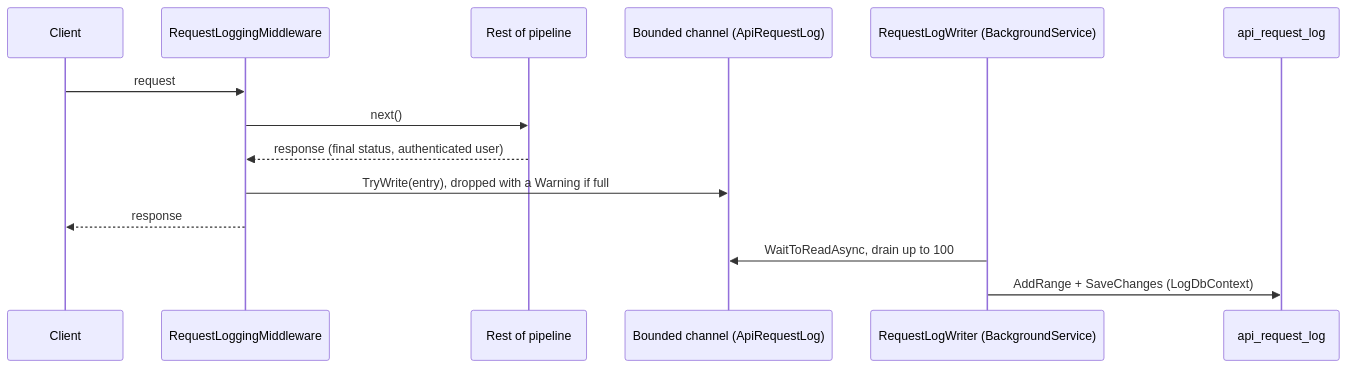
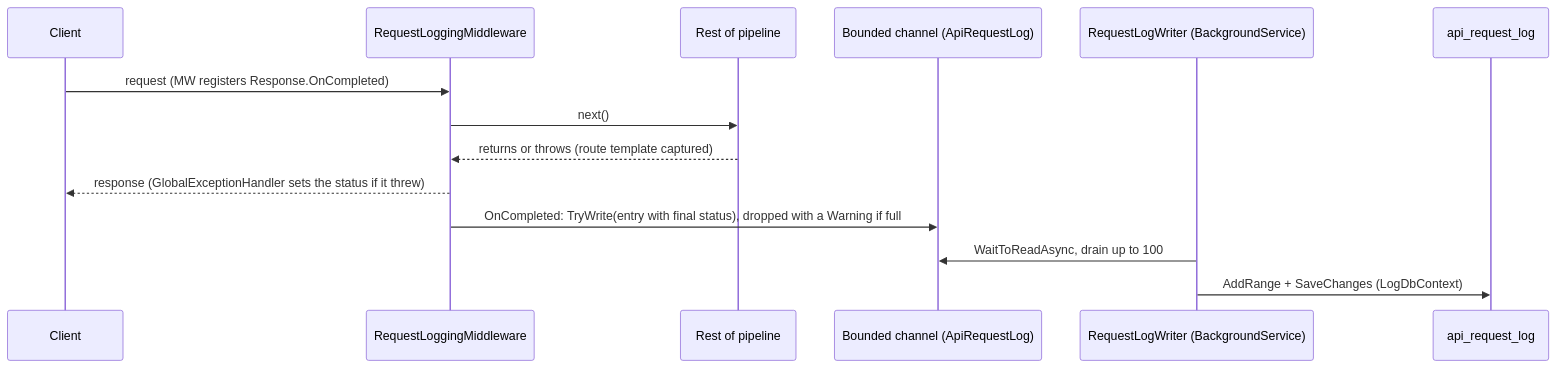
Before and after one commit to georgebjork/FairwayFinder: the second of 2 diagrams in docs/operations/logging-and-observability.md, drawn with Mermaid. The commit also changed other lines of this file and 50 other files, not shown here.

````diff
--- a/docs/operations/logging-and-observability.md
+++ b/docs/operations/logging-and-observability.md
@@ -150,17 +150,17 @@
 ```mermaid
 sequenceDiagram
     participant Client
     participant MW as RequestLoggingMiddleware
     participant App as Rest of pipeline
     participant Ch as Bounded channel (ApiRequestLog)
     participant W as RequestLogWriter (BackgroundService)
     participant DB as api_request_log
 
-    Client->>MW: request
+    Client->>MW: request (MW registers Response.OnCompleted)
     MW->>App: next()
-    App-->>MW: response (final status, authenticated user)
-    MW->>Ch: TryWrite(entry), dropped with a Warning if full
-    MW-->>Client: response
+    App-->>MW: returns or throws (route template captured)
+    MW-->>Client: response (GlobalExceptionHandler sets the status if it threw)
+    MW->>Ch: OnCompleted: TryWrite(entry with final status), dropped with a Warning if full
     W->>Ch: WaitToReadAsync, drain up to 100
     W->>DB: AddRange + SaveChanges (LogDbContext)
 ```
````
